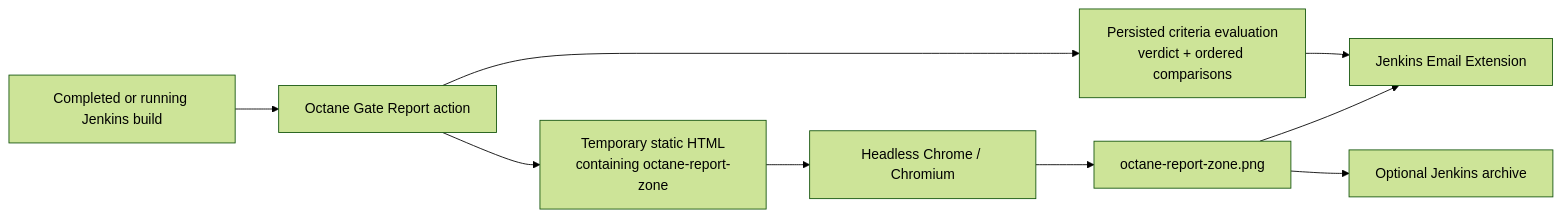
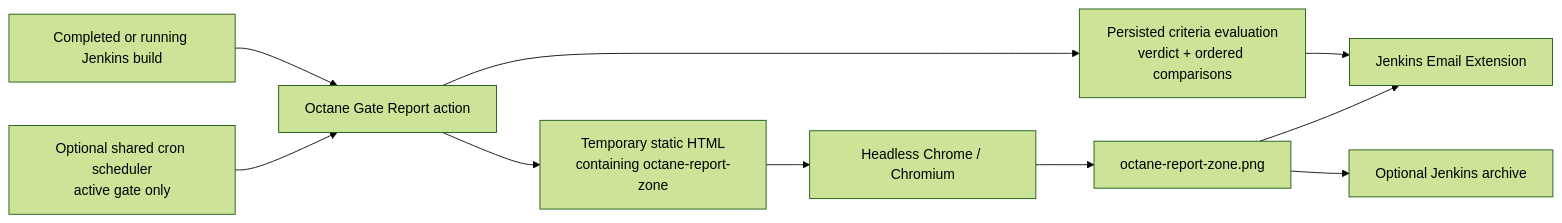
Before and after one commit to Crustacean/octanePlugin: the fourth of 4 diagrams in ARCHITECTURE.md, drawn with Mermaid (forest theme). The commit also changed other lines of this file and 12 other files, not shown here.

````diff
--- a/ARCHITECTURE.md
+++ b/ARCHITECTURE.md
@@ -495,17 +535,19 @@
 ```mermaid
 flowchart LR
   Build["Completed or running Jenkins build"]
+  Cron["Optional shared cron scheduler\nactive gate only"]
   Action["Octane Gate Report action"]
   Evaluation["Persisted criteria evaluation\nverdict + ordered comparisons"]
   Html["Temporary static HTML\ncontaining octane-report-zone"]
   Chrome["Headless Chrome / Chromium"]
   Png["octane-report-zone.png"]
   Archive["Optional Jenkins archive"]
   Mail["Jenkins Email Extension"]
 
   Build --> Action --> Evaluation
+  Cron --> Action
   Action --> Html --> Chrome --> Png
   Evaluation --> Mail
   Png --> Archive
   Png --> Mail
 ```
````
